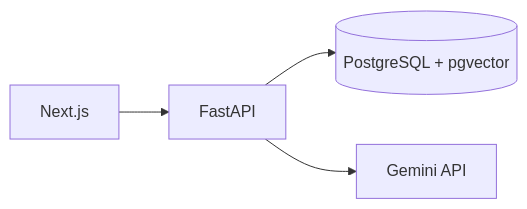
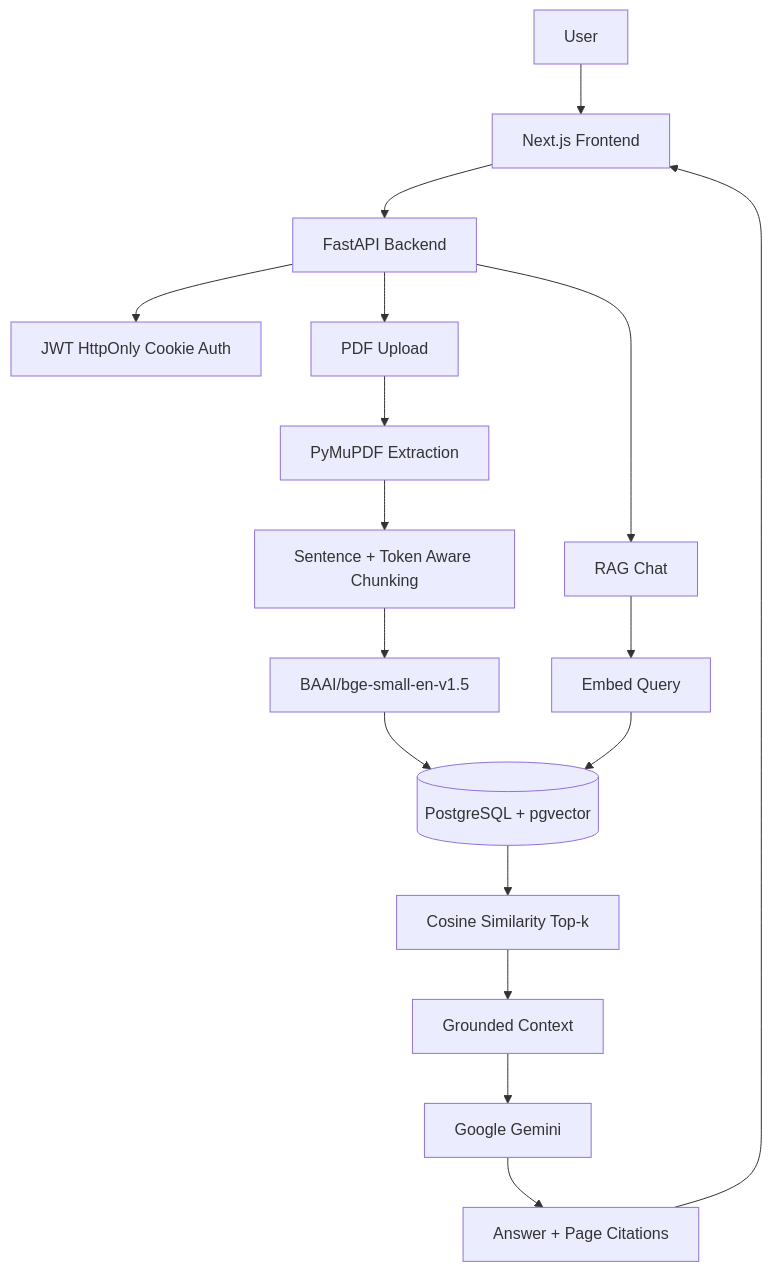
The diagram in README.md (Deepakreddy1510/Enterprise-Document-Intelligence-Platform), drawn with Mermaid before and after one commit. The commit also changed other lines of this file, not shown here.

````diff
--- a/README.md
+++ b/README.md
@@ -5,6 +23,22 @@
 ```mermaid
-flowchart LR
-  Web[Next.js] --> API[FastAPI]
-  API --> DB[(PostgreSQL + pgvector)]
-  API --> Gemini[Gemini API]
+flowchart TD
+    U[User] --> FE[Next.js Frontend]
+    FE --> API[FastAPI Backend]
+
+    API --> AUTH[JWT HttpOnly Cookie Auth]
+    API --> UP[PDF Upload]
+    API --> CHAT[RAG Chat]
+
+    UP --> PDF[PyMuPDF Extraction]
+    PDF --> CHUNK[Sentence + Token Aware Chunking]
+    CHUNK --> EMB[BAAI/bge-small-en-v1.5]
+    EMB --> DB[(PostgreSQL + pgvector)]
+
+    CHAT --> QEMB[Embed Query]
+    QEMB --> DB
+    DB --> RET[Cosine Similarity Top-k]
+    RET --> CTX[Grounded Context]
+    CTX --> GEMINI[Google Gemini]
+    GEMINI --> ANSWER[Answer + Page Citations]
+    ANSWER --> FE
 ```
````
